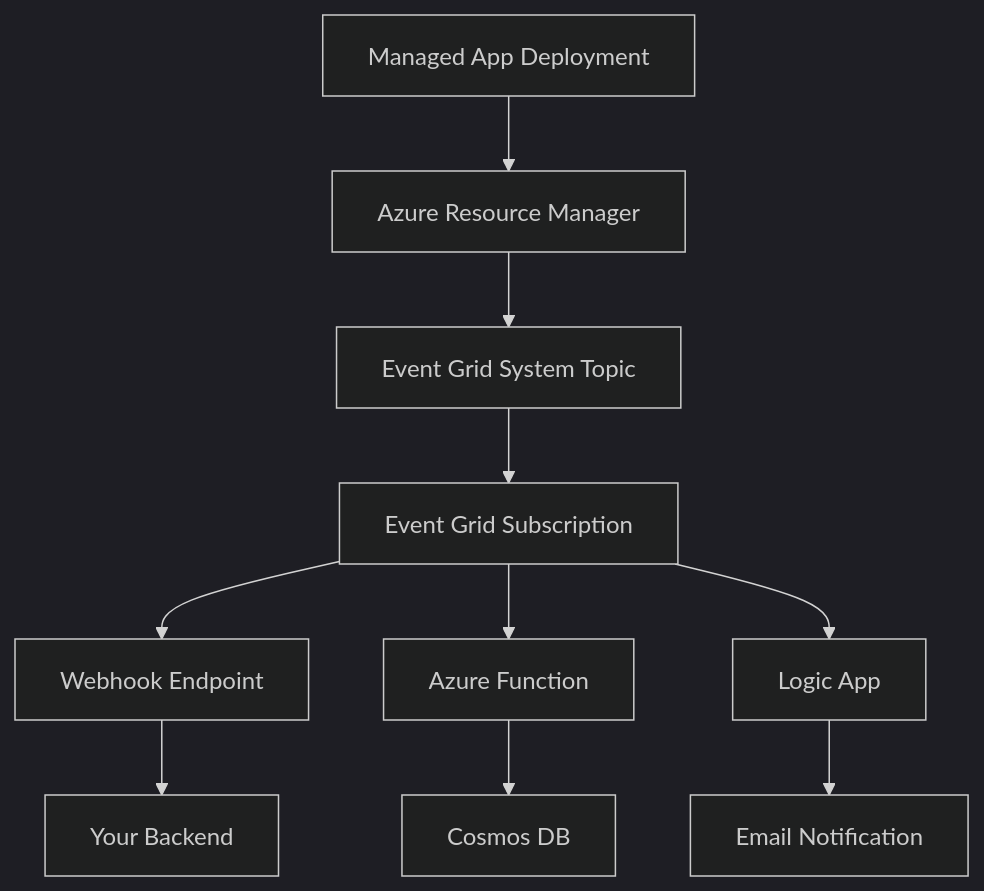
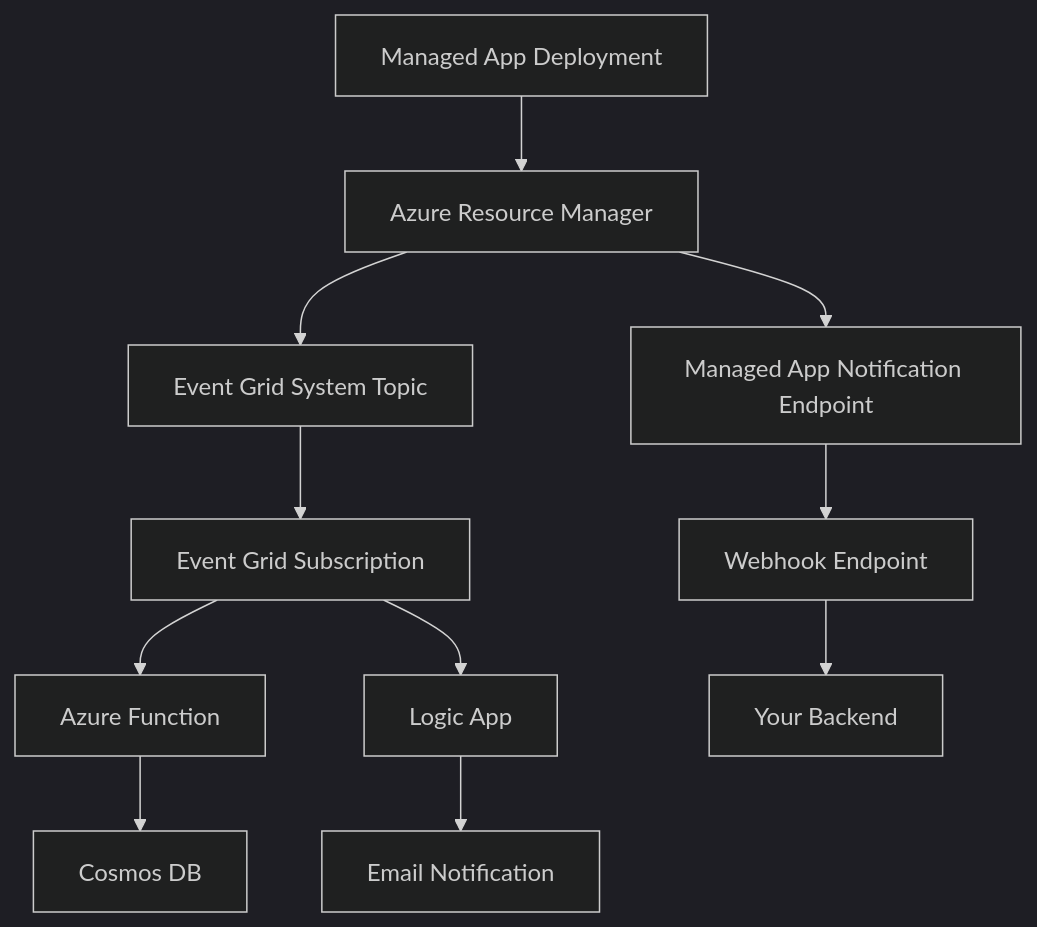
The diagram in posts/2026-02-16-how-to-implement-azure-managed-application-notifications-with-azure-event-grid-and-webhooks/README.md (OneUptime/blog), drawn with Mermaid (dark theme) before and after one commit. The commit also changed other lines of this file and 2 other files, not shown here.

Commit message:
validate: 2026-02-16-how-to-implement-azure-managed-application-notifications-with-azure-event-grid-and-webhooks

````diff
--- a/posts/2026-02-16-how-to-implement-azure-managed-application-notifications-with-azure-event-grid-and-webhooks/README.md
+++ b/posts/2026-02-16-how-to-implement-azure-managed-application-notifications-with-azure-event-grid-and-webhooks/README.md
@@ -29,12 +31,13 @@
 ```mermaid
 graph TD
     A[Managed App Deployment] --> B[Azure Resource Manager]
-    B --> C[Event Grid System Topic]
-    C --> D[Event Grid Subscription]
-    D --> E[Webhook Endpoint]
-    D --> F[Azure Function]
-    D --> G[Logic App]
+    B --> C[Managed App Notification Endpoint]
+    B --> D[Event Grid System Topic]
+    C --> E[Webhook Endpoint]
+    D --> K[Event Grid Subscription]
+    K --> F[Azure Function]
+    K --> G[Logic App]
     E --> H[Your Backend]
     F --> I[Cosmos DB]
     G --> J[Email Notification]
 ```
````
